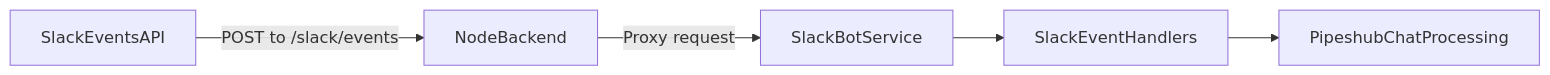
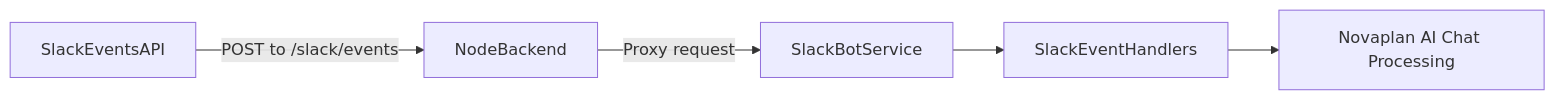
One commit to Novaplan-AI/documentation changed the diagram in integrations/slackBot.mdx. Above: the diagram before and after it, drawn with Mermaid. The commit also changed other lines of this file and 44 other files, not shown here.

````diff
--- a/integrations/slackBot.mdx
+++ b/integrations/slackBot.mdx
@@ -24,7 +24,7 @@
 ```mermaid
 flowchart LR
   slackApi[SlackEventsAPI] -->|POST to /slack/events| nodeApi[NodeBackend]
   nodeApi -->|Proxy request| slackBotSvc[SlackBotService]
   slackBotSvc --> botHandlers[SlackEventHandlers]
-  botHandlers --> pipeshubCore[PipeshubChatProcessing]
+  botHandlers --> pipeshubCore[Novaplan AI Chat Processing]
 ```
````
